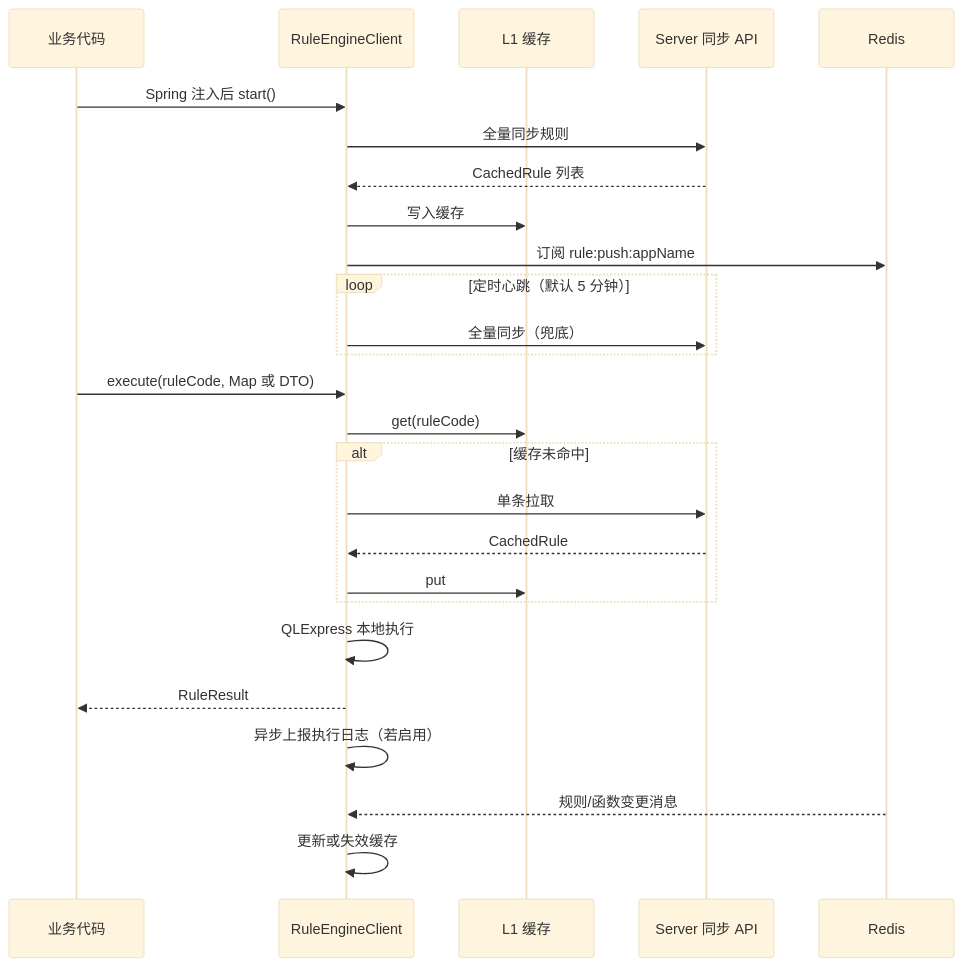
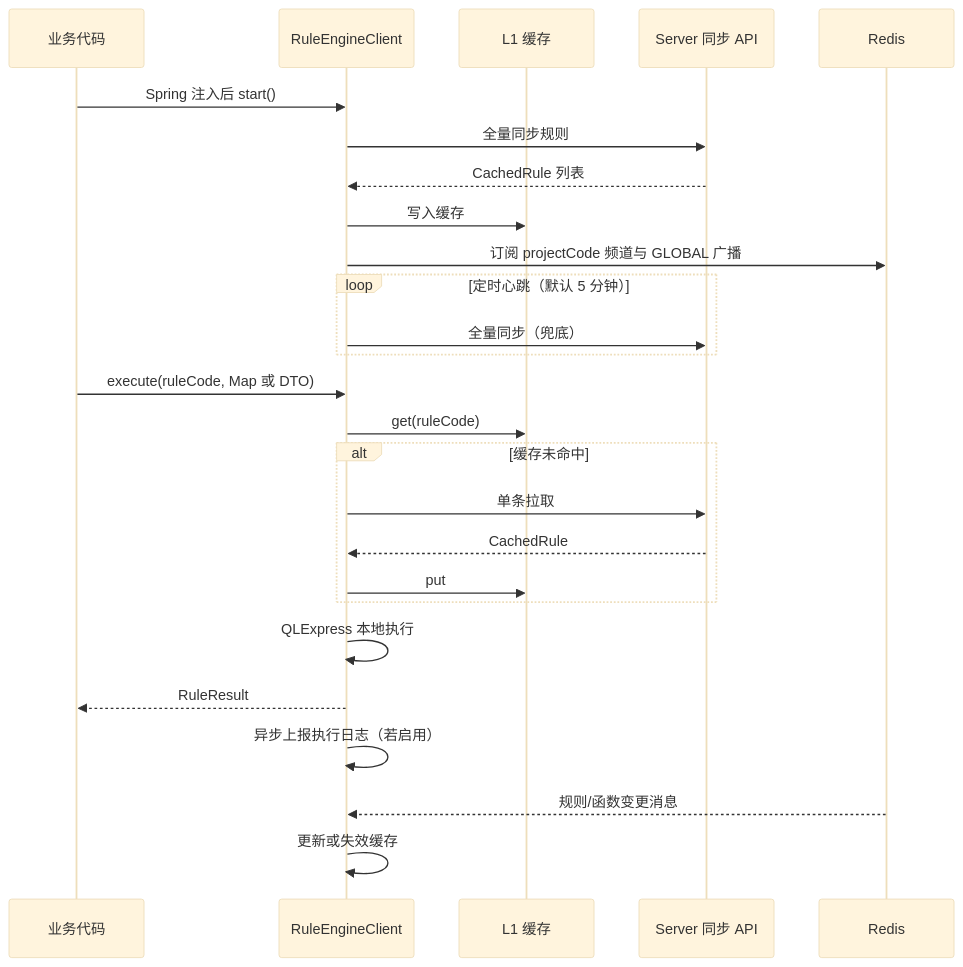
The first of 2 diagrams in README.md (itlubber/qlexpress-rule), drawn with Mermaid (base theme) before and after one commit. The commit also changed other lines of this file and 73 other files, not shown here.

````diff
--- a/README.md
+++ b/README.md
@@ -67,28 +69,28 @@
 ```mermaid
 sequenceDiagram
   participant Biz as 业务代码
   participant C as RuleEngineClient
   participant L1 as L1 缓存
   participant HTTP as Server 同步 API
   participant Redis as Redis
   Biz->>C: Spring 注入后 start()
   C->>HTTP: 全量同步规则
   HTTP-->>C: CachedRule 列表
   C->>L1: 写入缓存
-  C->>Redis: 订阅 rule:push:appName
+  C->>Redis: 订阅 projectCode 频道与 GLOBAL 广播
   loop 定时心跳（默认 5 分钟）
     C->>HTTP: 全量同步（兜底）
   end
   Biz->>C: execute(ruleCode, Map 或 DTO)
   C->>L1: get(ruleCode)
   alt 缓存未命中
     C->>HTTP: 单条拉取
     HTTP-->>C: CachedRule
     C->>L1: put
   end
   C->>C: QLExpress 本地执行
   C-->>Biz: RuleResult
   C->>C: 异步上报执行日志（若启用）
   Redis-->>C: 规则/函数变更消息
   C->>C: 更新或失效缓存
 ```
````
